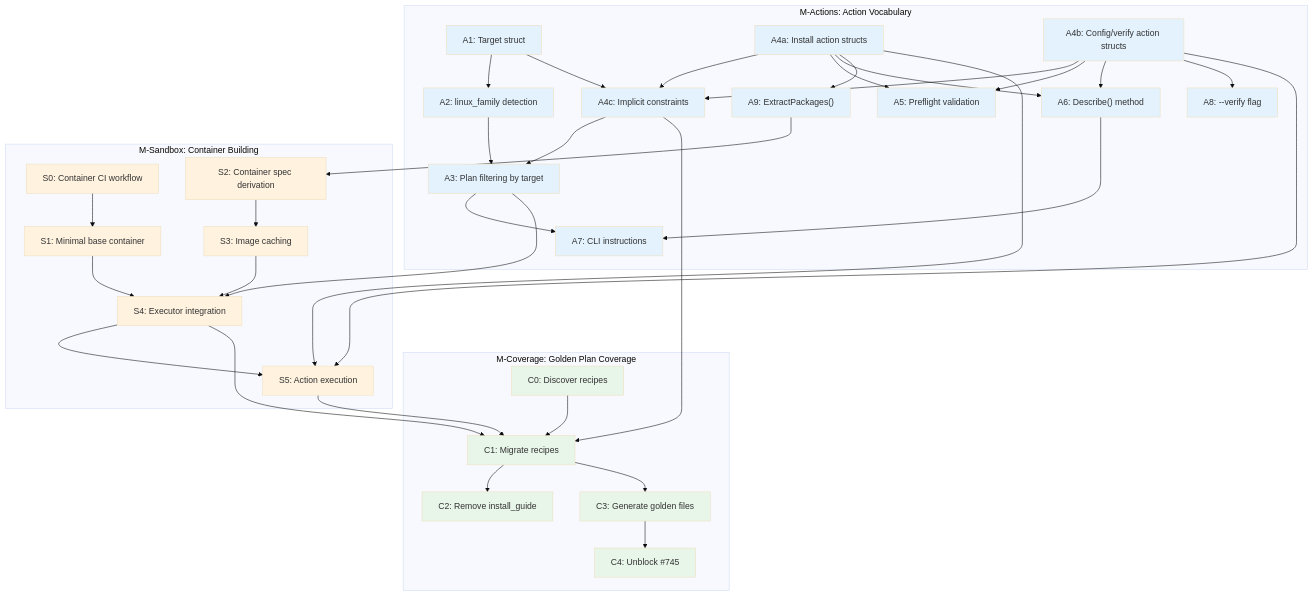
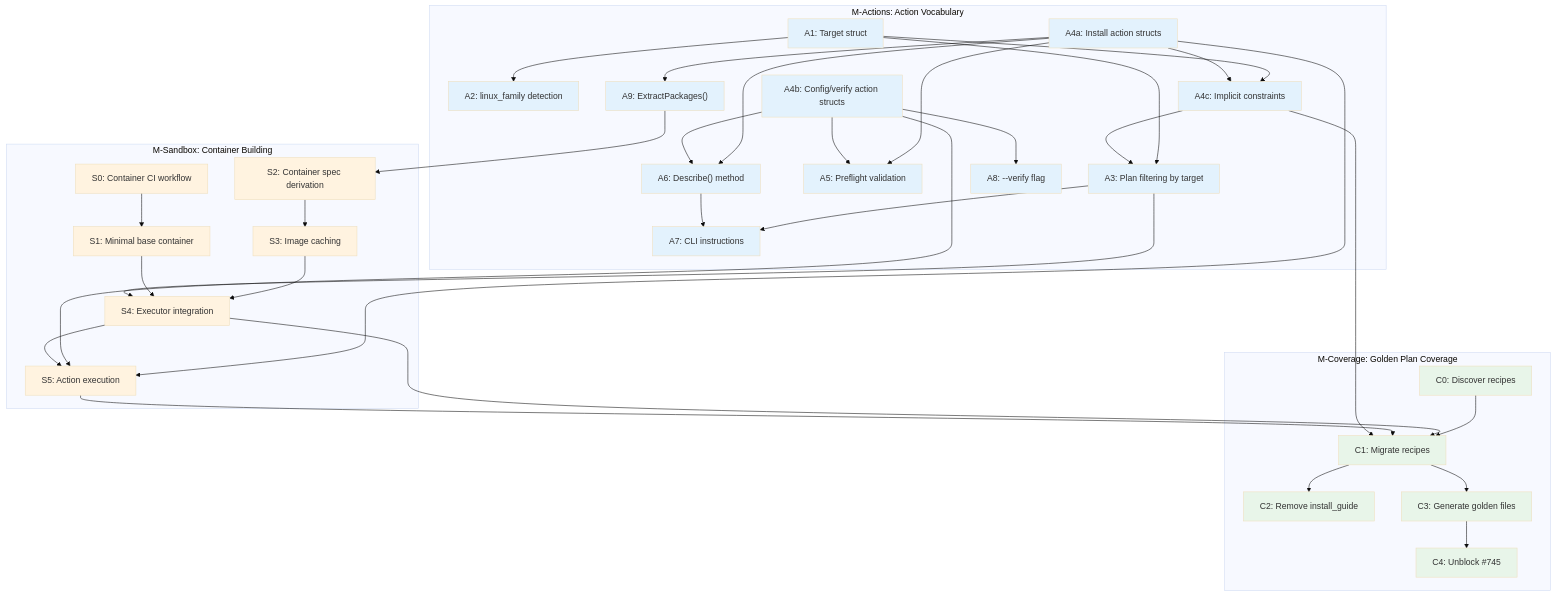
One commit to tsukumogami/tsuku changed the diagram in wip/plan-outline.md. Above: the diagram before and after it, drawn with Mermaid (base theme). The commit also changed other lines of this file and 1 other file, not shown here.

````diff
--- a/wip/plan-outline.md
+++ b/wip/plan-outline.md
@@ -658,77 +658,76 @@
 ```mermaid
 graph TD
     subgraph Actions["M-Actions: Action Vocabulary"]
         A1["A1: Target struct"]
         A2["A2: linux_family detection"]
         A3["A3: Plan filtering by target"]
         A4a["A4a: Install action structs"]
         A4b["A4b: Config/verify action structs"]
         A4c["A4c: Implicit constraints"]
         A5["A5: Preflight validation"]
         A6["A6: Describe() method"]
         A7["A7: CLI instructions"]
         A8["A8: --verify flag"]
         A9["A9: ExtractPackages()"]
     end
 
     subgraph Sandbox["M-Sandbox: Container Building"]
         S0["S0: Container CI workflow"]
         S1["S1: Minimal base container"]
         S2["S2: Container spec derivation"]
         S3["S3: Image caching"]
         S4["S4: Executor integration"]
         S5["S5: Action execution"]
     end
 
     subgraph Coverage["M-Coverage: Golden Plan Coverage"]
         C0["C0: Discover recipes"]
         C1["C1: Migrate recipes"]
         C2["C2: Remove install_guide"]
         C3["C3: Generate golden files"]
         C4["C4: Unblock #745"]
     end
 
     %% M-Actions internal
     A1 --> A2
     A1 --> A4c
     A4a --> A4c
-    A4b --> A4c
-    A2 --> A3
+    A1 --> A3
     A4c --> A3
     A4a --> A5
     A4b --> A5
     A4a --> A6
     A4b --> A6
     A3 --> A7
     A6 --> A7
     A4b --> A8
     A4a --> A9
 
     %% M-Actions to M-Sandbox
     A9 --> S2
     S0 --> S1
     S2 --> S3
     S3 --> S4
     S1 --> S4
     A3 --> S4
     A4a --> S5
     A4b --> S5
     S4 --> S5
 
     %% M-Sandbox to M-Coverage
     C0 --> C1
     S4 --> C1
     S5 --> C1
     A4c --> C1
     C1 --> C2
     C1 --> C3
     C3 --> C4
 
     classDef actions fill:#e3f2fd
     classDef sandbox fill:#fff3e0
     classDef coverage fill:#e8f5e9
 
     class A1,A2,A3,A4a,A4b,A4c,A5,A6,A7,A8,A9 actions
     class S0,S1,S2,S3,S4,S5 sandbox
     class C0,C1,C2,C3,C4 coverage
 ```
````
